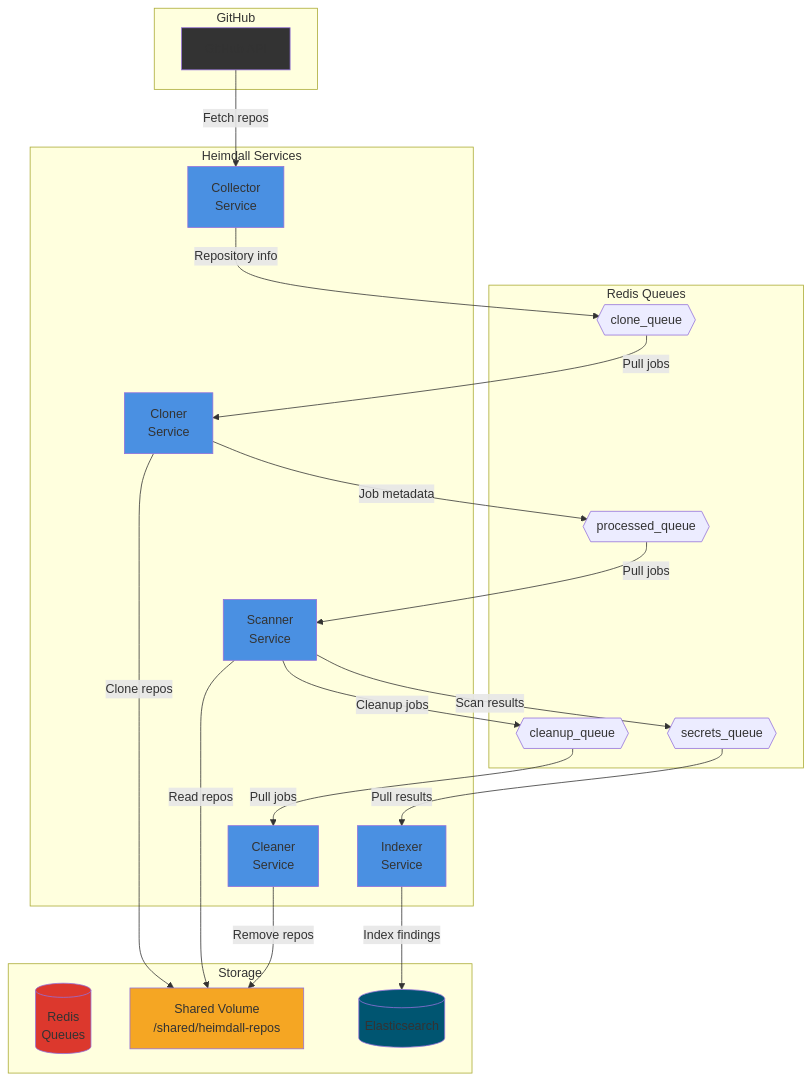
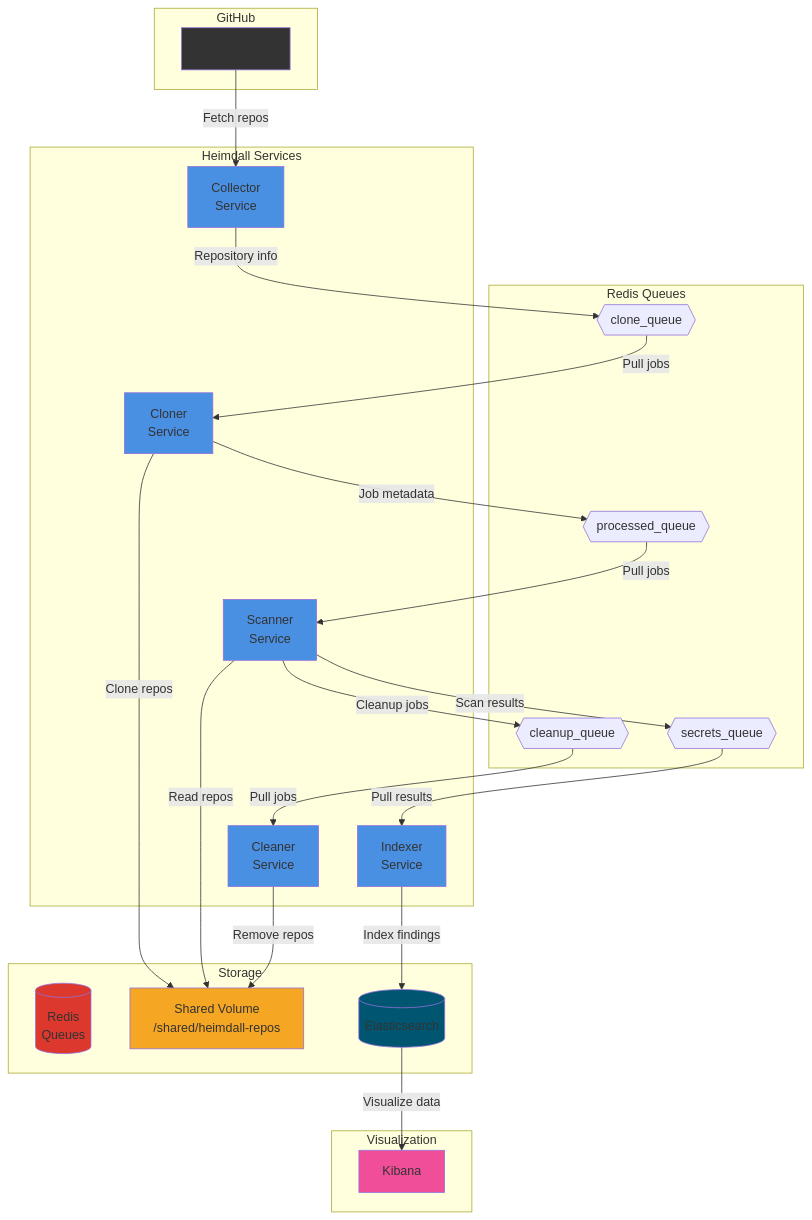
One commit to klimeurt/heimdall changed the diagram in README.md. Above: the diagram before and after it, drawn with Mermaid. The commit also changed 1 other file, not shown here.

Commit message:
Added Kibana

````diff
--- a/README.md
+++ b/README.md
@@ -14,51 +14,57 @@
 ```mermaid
 graph TB
     subgraph "GitHub"
         GH[GitHub API]
     end
     
     subgraph "Heimdall Services"
         COL[Collector<br/>Service]
         CLO[Cloner<br/>Service]
         SCA[Scanner<br/>Service]
         CLE[Cleaner<br/>Service]
         IDX[Indexer<br/>Service]
     end
     
     subgraph "Storage"
         R[(Redis<br/>Queues)]
         SV[Shared Volume<br/>/shared/heimdall-repos]
         ES[(Elasticsearch)]
+    end
+    
+    subgraph "Visualization"
+        KB[Kibana]
     end
     
     subgraph "Redis Queues"
         Q1{{clone_queue}}
         Q2{{processed_queue}}
         Q3{{secrets_queue}}
         Q4{{cleanup_queue}}
     end
     
     GH -->|Fetch repos| COL
     COL -->|Repository info| Q1
     Q1 -->|Pull jobs| CLO
     CLO -->|Clone repos| SV
     CLO -->|Job metadata| Q2
     Q2 -->|Pull jobs| SCA
     SCA -->|Read repos| SV
     SCA -->|Scan results| Q3
     SCA -->|Cleanup jobs| Q4
     Q3 -->|Pull results| IDX
     Q4 -->|Pull jobs| CLE
     CLE -->|Remove repos| SV
     IDX -->|Index findings| ES
+    ES -->|Visualize data| KB
     
     style COL fill:#4A90E2
     style CLO fill:#4A90E2
     style SCA fill:#4A90E2
     style CLE fill:#4A90E2
     style IDX fill:#4A90E2
     style R fill:#DC382D
     style SV fill:#F5A623
     style ES fill:#005571
     style GH fill:#333
+    style KB fill:#F04E98
 ```
````
